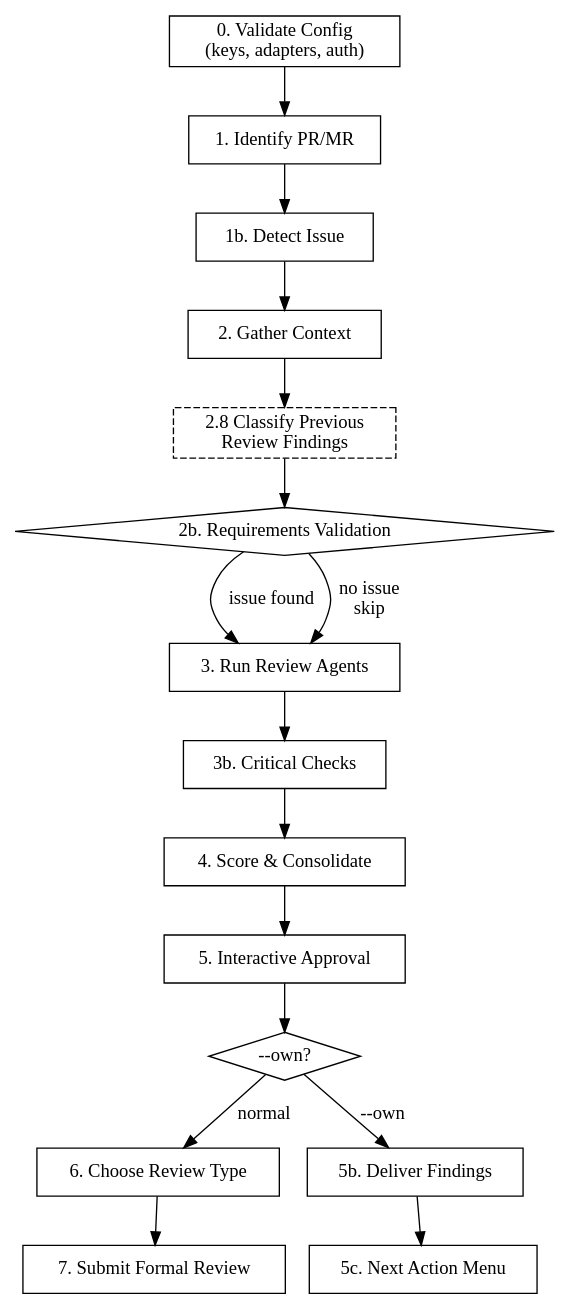
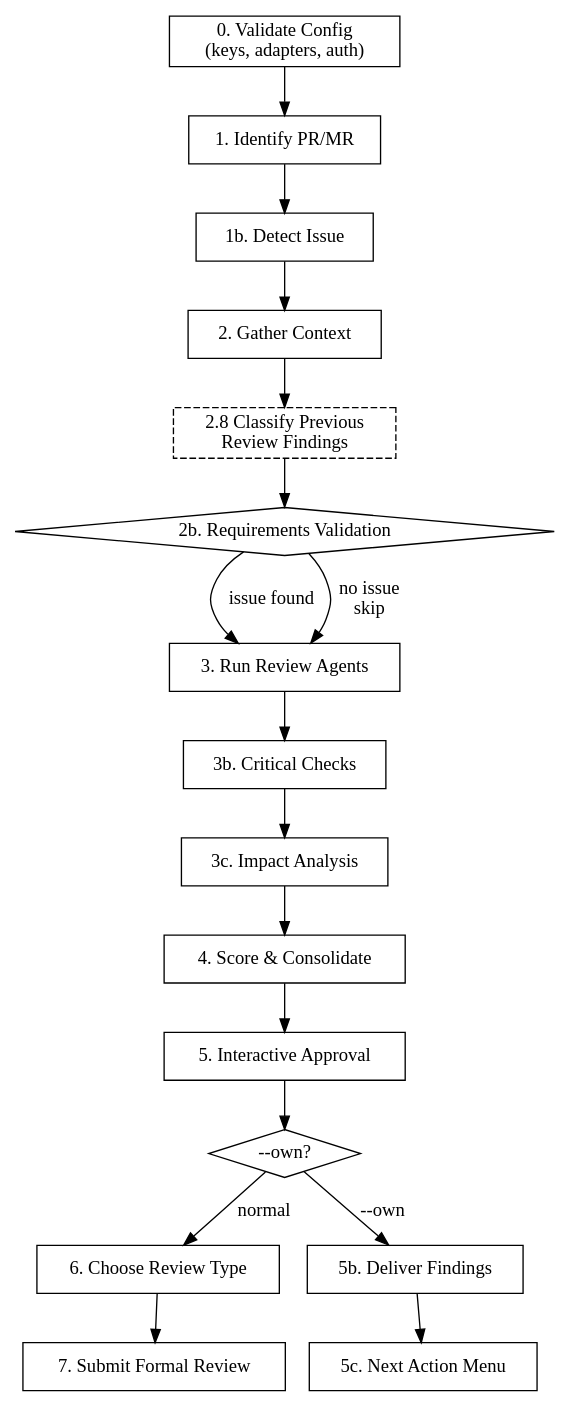
The diagram in plugins/flowyeah/skills/review/SKILL.md (rodrigomanhaes/flowyeah), drawn with Graphviz before and after one commit. The commit also changed other lines of this file and 2 other files, not shown here.

Commit message:
feat(review): add 3c Impact Analysis step, fold API compat check into it

````diff
--- a/plugins/flowyeah/skills/review/SKILL.md
+++ b/plugins/flowyeah/skills/review/SKILL.md
@@ -38,32 +38,33 @@
 ```dot
 digraph review {
     rankdir=TB;
     node [shape=box];
 
     validate [label="0. Validate Config\n(keys, adapters, auth)"];
     identify [label="1. Identify PR/MR"];
     issue [label="1b. Detect Issue"];
     context [label="2. Gather Context"];
     previous [label="2.8 Classify Previous\nReview Findings" style=dashed];
     requirements [label="2b. Requirements Validation" shape=diamond];
     agents [label="3. Run Review Agents"];
     checks [label="3b. Critical Checks"];
+    impact [label="3c. Impact Analysis"];
     score [label="4. Score & Consolidate"];
     approve [label="5. Interactive Approval"];
     own_check [label="--own?" shape=diamond];
     type [label="6. Choose Review Type"];
     submit [label="7. Submit Formal Review"];
     deliver [label="5b. Deliver Findings"];
     menu [label="5c. Next Action Menu"];
 
     validate -> identify -> issue -> context;
     context -> previous -> requirements;
     requirements -> agents [label="issue found"];
     requirements -> agents [label="no issue\nskip"];
-    agents -> checks -> score -> approve -> own_check;
+    agents -> checks -> impact -> score -> approve -> own_check;
     own_check -> type [label="normal"];
     type -> submit;
     own_check -> deliver [label="--own"];
     deliver -> menu;
 }
 ```
````
